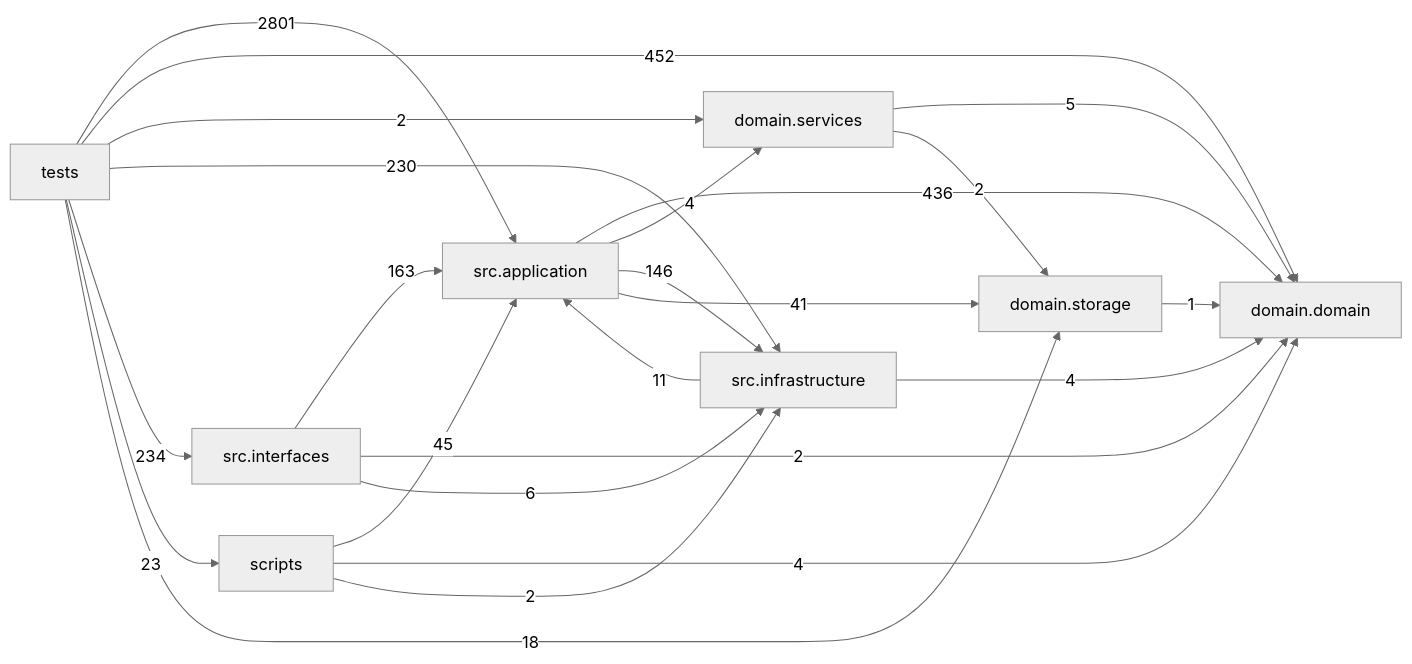
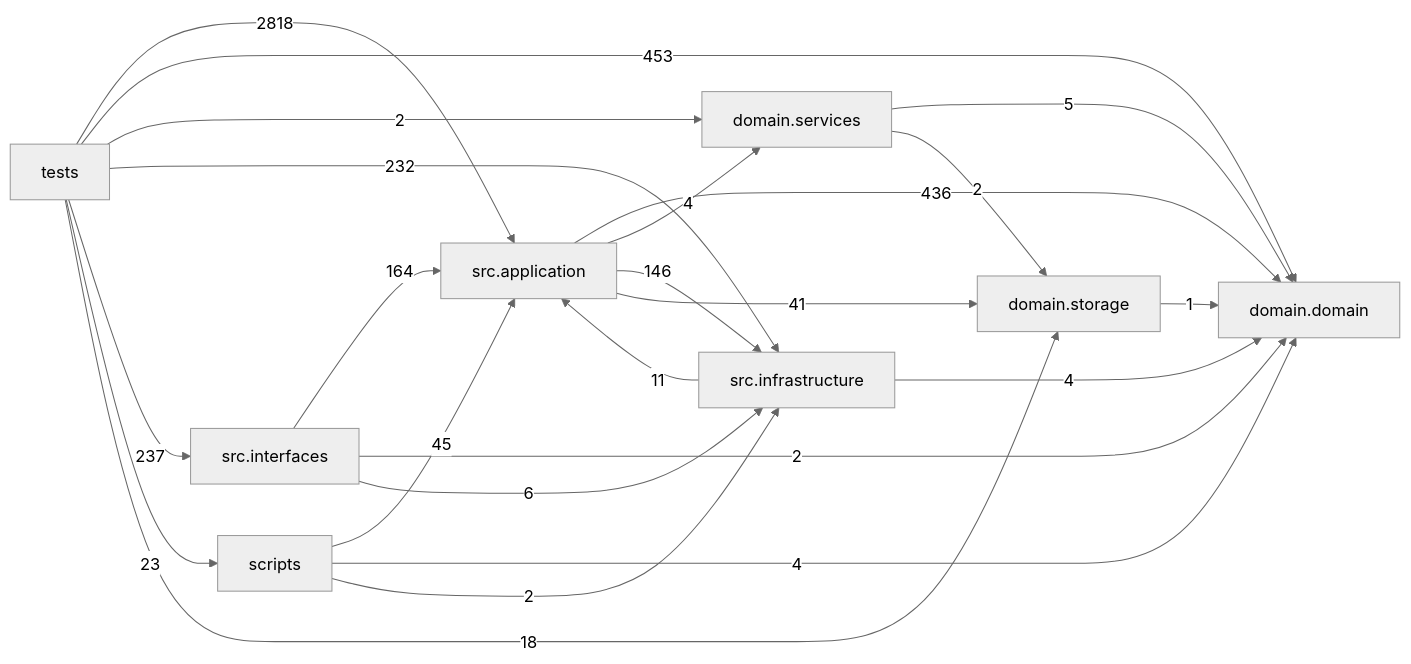
The diagram in docs/DEPENDENCY_GRAPH.md (liuxie066/options-monitor), drawn with Mermaid (neutral theme) before and after one commit. The commit also changed other lines of this file and 10 other files, not shown here.

````diff
--- a/docs/DEPENDENCY_GRAPH.md
+++ b/docs/DEPENDENCY_GRAPH.md
@@ -24,33 +24,33 @@
 ```mermaid
 flowchart LR
   tests["tests"]
   scripts["scripts"]
   interfaces["src.interfaces"]
   application["src.application"]
   infrastructure["src.infrastructure"]
   domain_services["domain.services"]
   domain["domain.domain"]
   storage["domain.storage"]
   application -->|436| domain
   application -->|4| domain_services
   application -->|146| infrastructure
   application -->|41| storage
   domain_services -->|5| domain
   domain_services -->|2| storage
   infrastructure -->|11| application
   infrastructure -->|4| domain
-  interfaces -->|163| application
+  interfaces -->|164| application
   interfaces -->|2| domain
   interfaces -->|6| infrastructure
   scripts -->|45| application
   scripts -->|4| domain
   scripts -->|2| infrastructure
   storage -->|1| domain
-  tests -->|2801| application
-  tests -->|452| domain
+  tests -->|2818| application
+  tests -->|453| domain
   tests -->|2| domain_services
-  tests -->|230| infrastructure
-  tests -->|234| interfaces
+  tests -->|232| infrastructure
+  tests -->|237| interfaces
   tests -->|23| scripts
   tests -->|18| storage
 ```
````
